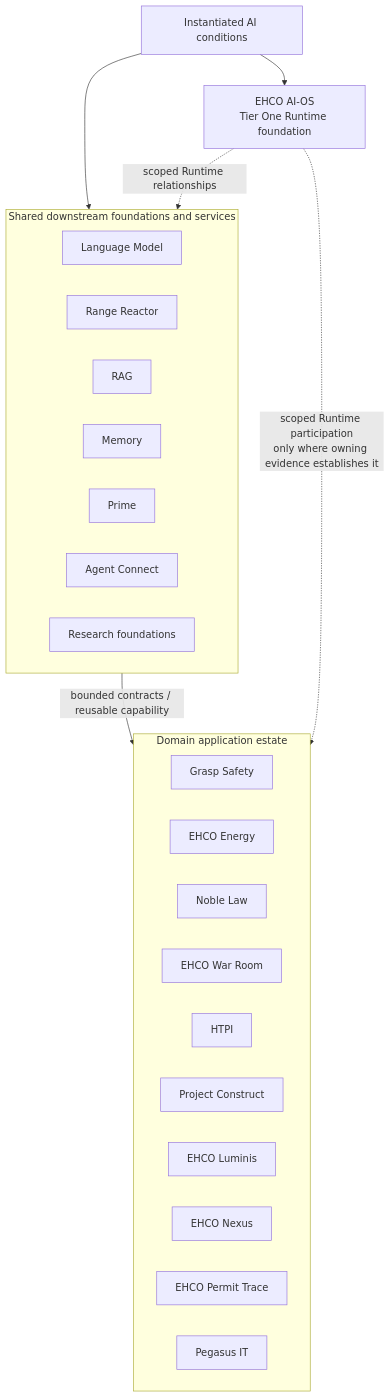
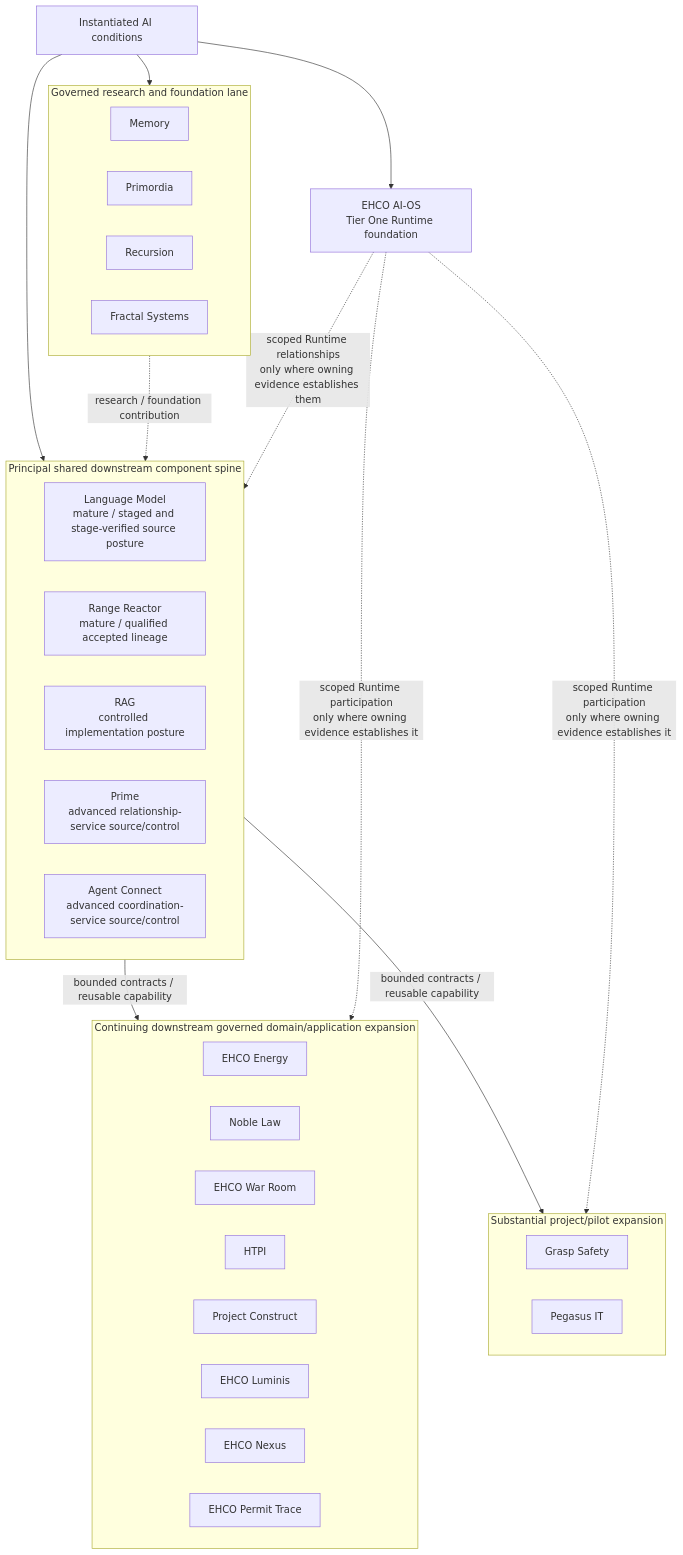
Before and after one commit to EHCOnomics-Systems/EHCOsystem: the third of 4 diagrams in architecture/diagrams/README.md, drawn with Mermaid. The commit also changed other lines of this file and 14 other files, not shown here.

````diff
--- a/architecture/diagrams/README.md
+++ b/architecture/diagrams/README.md
@@ -65,34 +75,46 @@
 ```mermaid
 flowchart TD
     CAT[Instantiated AI conditions]
     RT[EHCO AI-OS<br/>Tier One Runtime foundation]
 
-    subgraph Shared[Shared downstream foundations and services]
-        LM[Language Model]
-        RR[Range Reactor]
-        RAG[RAG]
-        MEM[Memory]
-        PRIME[Prime]
-        AC[Agent Connect]
-        RES[Research foundations]
+    subgraph Spine[Principal shared downstream component spine]
+        LM[Language Model<br/>mature / staged and stage-verified source posture]
+        RR[Range Reactor<br/>mature / qualified accepted lineage]
+        RAG[RAG<br/>controlled implementation posture]
+        PRIME[Prime<br/>advanced relationship-service source/control]
+        AC[Agent Connect<br/>advanced coordination-service source/control]
     end
 
-    subgraph Apps[Domain application estate]
-        G[Grasp Safety]
+    subgraph Research[Governed research and foundation lane]
+        MEM[Memory]
+        PRIM[Primordia]
+        REC[Recursion]
+        FRA[Fractal Systems]
+    end
+
+    subgraph Apps[Continuing downstream governed domain/application expansion]
         EN[EHCO Energy]
         NL[Noble Law]
         WR[EHCO War Room]
         H[HTPI]
         PC[Project Construct]
         LU[EHCO Luminis]
         N[EHCO Nexus]
         PT[EHCO Permit Trace]
+    end
+
+    subgraph Programs[Substantial project/pilot expansion]
+        G[Grasp Safety]
         P[Pegasus IT]
     end
 
     CAT --> RT
-    CAT --> Shared
-    Shared -->|bounded contracts / reusable capability| Apps
+    CAT --> Spine
+    CAT --> Research
+    Spine -->|bounded contracts / reusable capability| Apps
+    Spine -->|bounded contracts / reusable capability| Programs
+    Research -. research / foundation contribution .-> Spine
+    RT -. scoped Runtime relationships<br/>only where owning evidence establishes them .-> Spine
     RT -. scoped Runtime participation<br/>only where owning evidence establishes it .-> Apps
-    RT -. scoped Runtime relationships .-> Shared
+    RT -. scoped Runtime participation<br/>only where owning evidence establishes it .-> Programs
 ```
````
